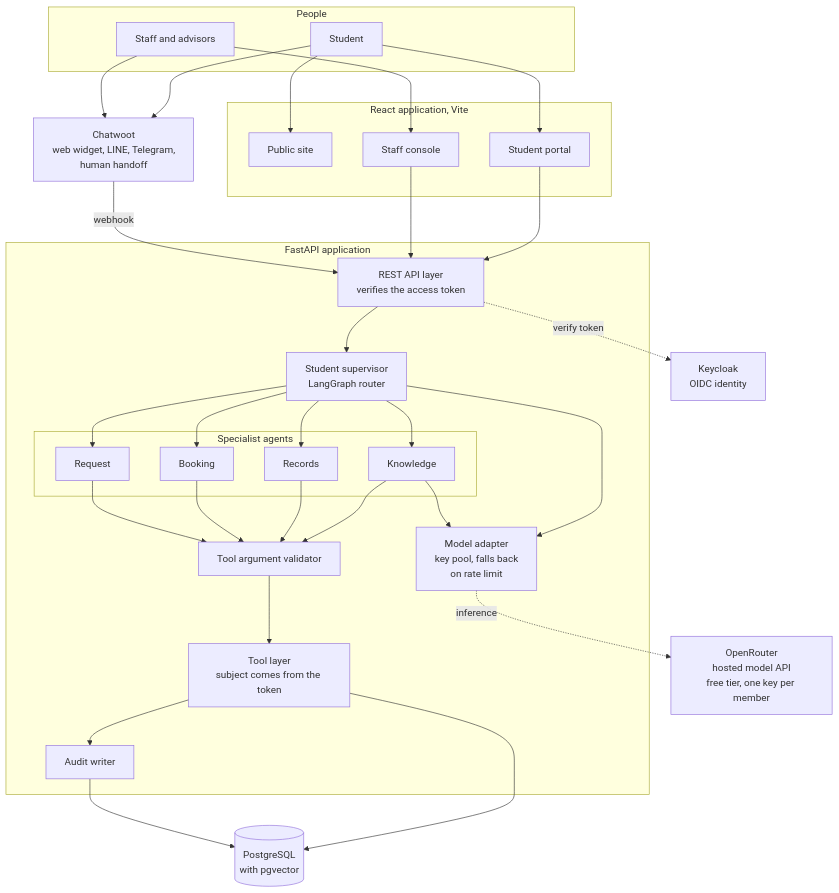
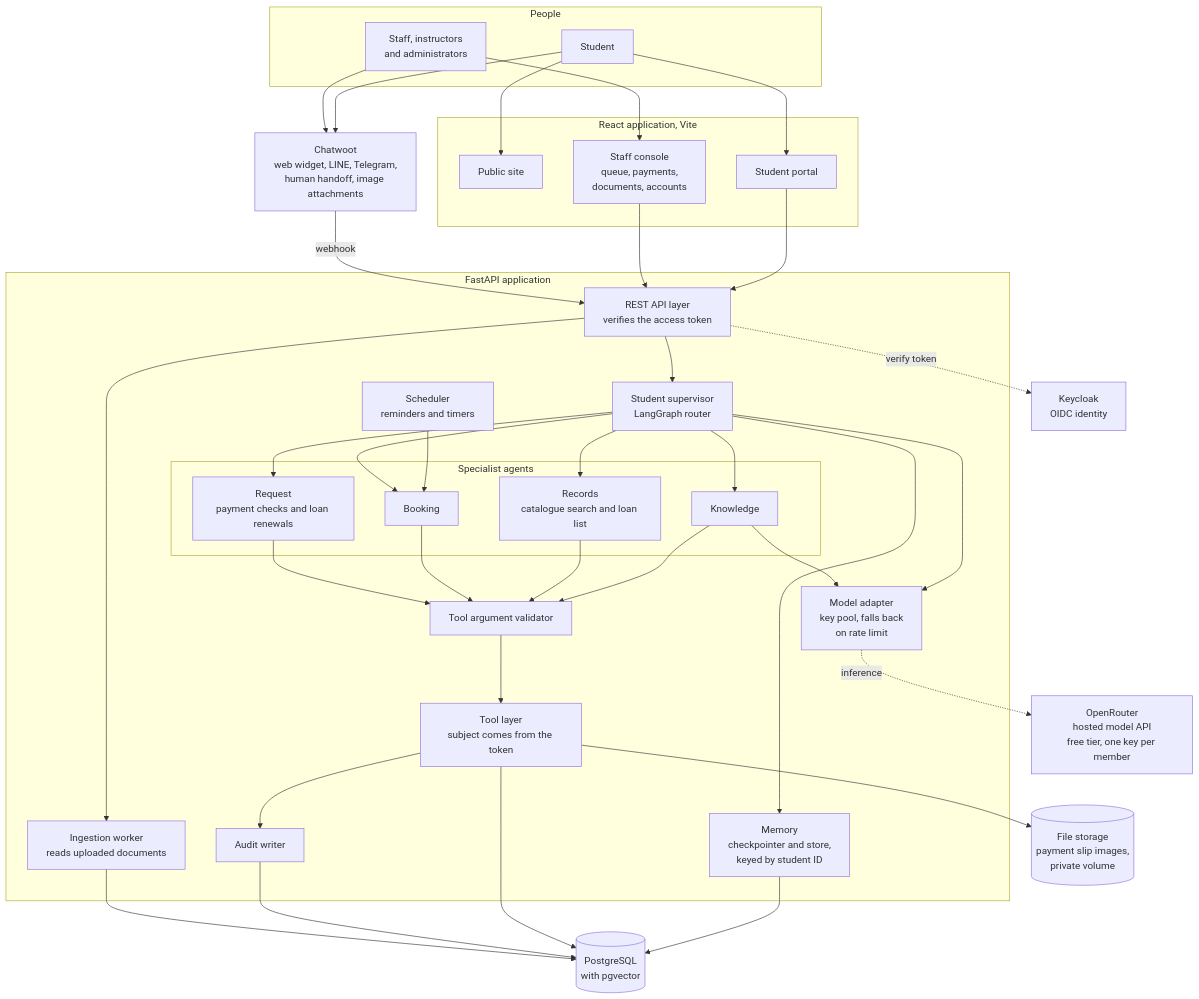
Before and after one commit to SaiWaiYanLynn/smart-university-website: the diagram in design/diagrams/01_architecture.mmd, drawn with Mermaid. The commit also changed 9 other files, not shown here.

Commit message:
Update diagrams for library search, payment slips, memory and loan renewal

```diff
--- a/design/diagrams/01_architecture.mmd
+++ b/design/diagrams/01_architecture.mmd
@@ -1,64 +1,75 @@
 flowchart TB
   subgraph Users["People"]
     STU["Student"]
-    STF["Staff and advisors"]
+    STF["Staff, instructors<br/>and administrators"]
   end
 
   subgraph Frontend["React application, Vite"]
     PUB["Public site"]
     POR["Student portal"]
-    CON["Staff console"]
+    CON["Staff console<br/>queue, payments,<br/>documents, accounts"]
   end
 
-  CWT["Chatwoot<br/>web widget, LINE, Telegram,<br/>human handoff"]
+  CWT["Chatwoot<br/>web widget, LINE, Telegram,<br/>human handoff, image attachments"]
 
   subgraph API["FastAPI application"]
     REST["REST API layer<br/>verifies the access token"]
     SUP["Student supervisor<br/>LangGraph router"]
+    MEM["Memory<br/>checkpointer and store,<br/>keyed by student ID"]
+    SCH["Scheduler<br/>reminders and timers"]
     subgraph AG["Specialist agents"]
       K["Knowledge"]
-      R["Records"]
+      R["Records<br/>catalogue search and loan list"]
       B["Booking"]
-      Q["Request"]
+      Q["Request<br/>payment checks and loan renewals"]
     end
     VAL["Tool argument validator"]
     TOOL["Tool layer<br/>subject comes from the token"]
     AUD["Audit writer"]
+    ING["Ingestion worker<br/>reads uploaded documents"]
     LLM["Model adapter<br/>key pool, falls back<br/>on rate limit"]
   end
 
   PG[("PostgreSQL<br/>with pgvector")]
+  FS[("File storage<br/>payment slip images,<br/>private volume")]
   KC["Keycloak<br/>OIDC identity"]
   OR["OpenRouter<br/>hosted model API<br/>free tier, one key per member"]
 
   STU --> PUB
   STU --> POR
   STU --> CWT
   STF --> CON
   STF --> CWT
 
   POR --> REST
   CON --> REST
   CWT -- webhook --> REST
 
   REST --> SUP
   REST -. verify token .-> KC
+  REST --> ING
+
+  SUP --> MEM
+  MEM --> PG
+  SCH --> B
 
   SUP --> K
   SUP --> R
   SUP --> B
   SUP --> Q
 
   K --> VAL
   R --> VAL
   B --> VAL
   Q --> VAL
 
   VAL --> TOOL
   TOOL --> PG
+  TOOL --> FS
   TOOL --> AUD
   AUD --> PG
+  ING --> PG
 
   SUP --> LLM
   K --> LLM
   LLM -. inference .-> OR
```
